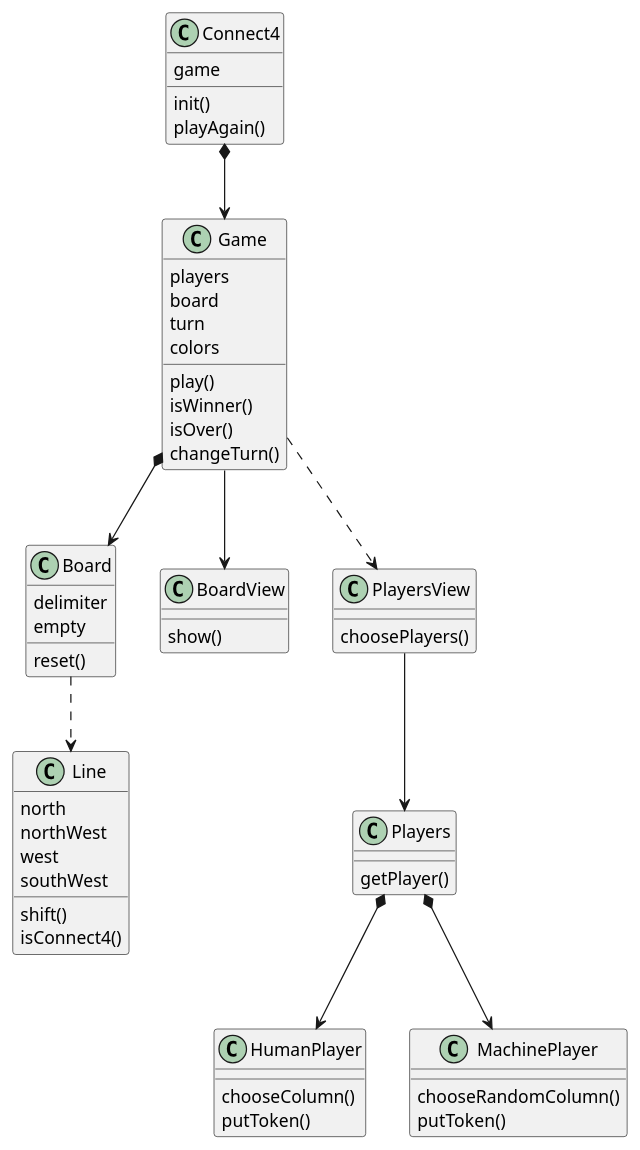
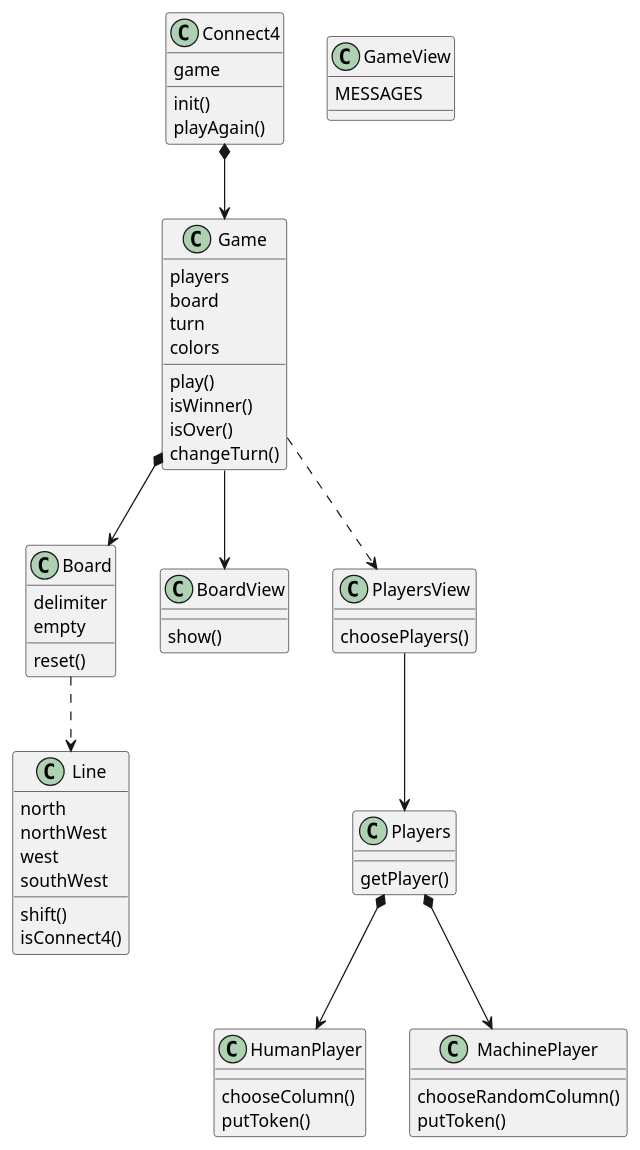
Before and after one commit to BernatQI/Master-Programacion-Diseno-Software: the diagram in Connect4/images/structure-diagrams/classes-diagram.plantuml, drawn with PlantUML. The commit also changed 2 other files, not shown here.

```diff
--- a/Connect4/images/structure-diagrams/classes-diagram.plantuml
+++ b/Connect4/images/structure-diagrams/classes-diagram.plantuml
@@ -1,66 +1,66 @@
 @startuml "Classes Diagram"
 
 class Connect4 {
   game
 
   init()
   playAgain()
 }
 class Game {
   players
   board
   turn
   colors
 
   play()
   isWinner()
   isOver()
   changeTurn()
 }
-' class GameView {
-
-' }
+class GameView {
+  MESSAGES
+}
 class Board {
   delimiter
   empty
 
   reset()
 }
 class BoardView {
   show()
 }
 class Line {
   north
   northWest
   west
   southWest
 
   shift()
   isConnect4()
 }
 class Players {
   getPlayer()
 }
 class PlayersView {
   choosePlayers()
 }
 class HumanPlayer {
   chooseColumn()
   putToken()
 }
 class MachinePlayer {
   chooseRandomColumn()
   putToken()
 }
 
 Connect4 *--> Game
 ' Game -> GameView
 PlayersView --> Players
 Game ..> PlayersView
 Game *--> Board
 Game --> BoardView
 Board ..> Line
 Players *--> HumanPlayer
 Players *--> MachinePlayer
 
 @enduml
```
